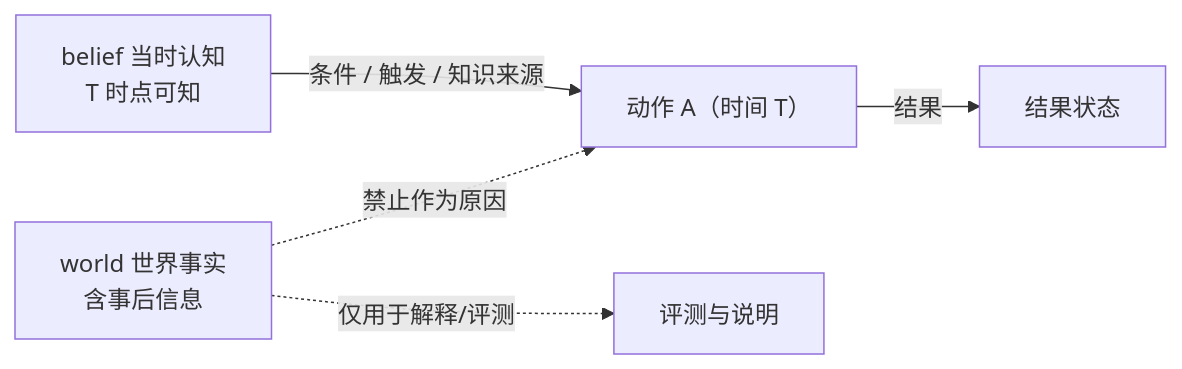
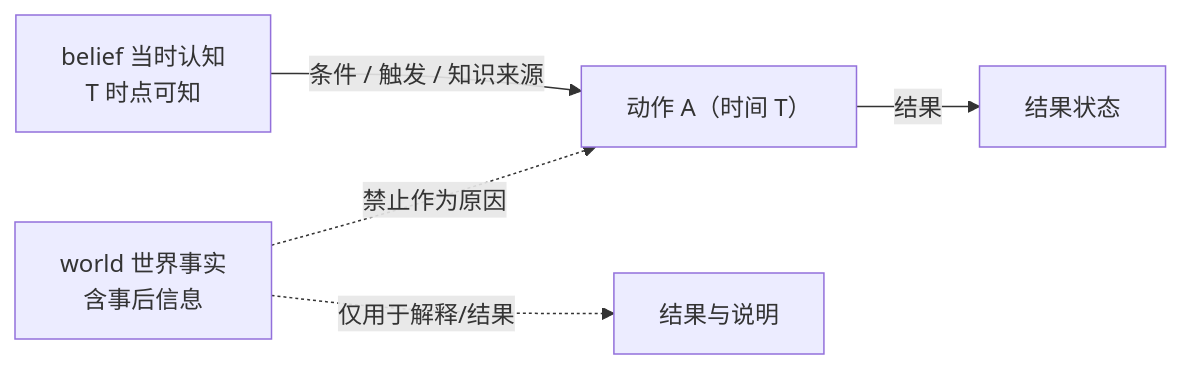
Before and after one commit to AgenticFinLab/FinMycelium: the second of 2 diagrams in docs/structures/3-context-model.md, drawn with Mermaid. The commit also changed other lines of this file and 10 other files, not shown here.

````diff
--- a/docs/structures/3-context-model.md
+++ b/docs/structures/3-context-model.md
@@ -119,7 +119,7 @@
 ```mermaid
 flowchart LR
     W["world 世界事实<br/>含事后信息"] -.->|禁止作为原因| A["动作 A（时间 T）"]
     B["belief 当时认知<br/>T 时点可知"] -->|条件 / 触发 / 知识来源| A
     A -->|结果| W2["结果状态"]
-    W -.->|仅用于解释/评测| E["评测与说明"]
+    W -.->|仅用于解释/结果| E["结果与说明"]
 ```
````
